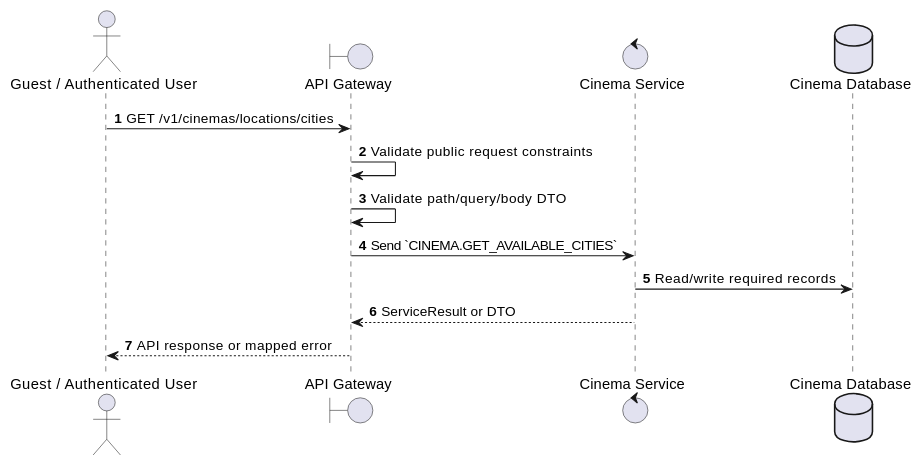
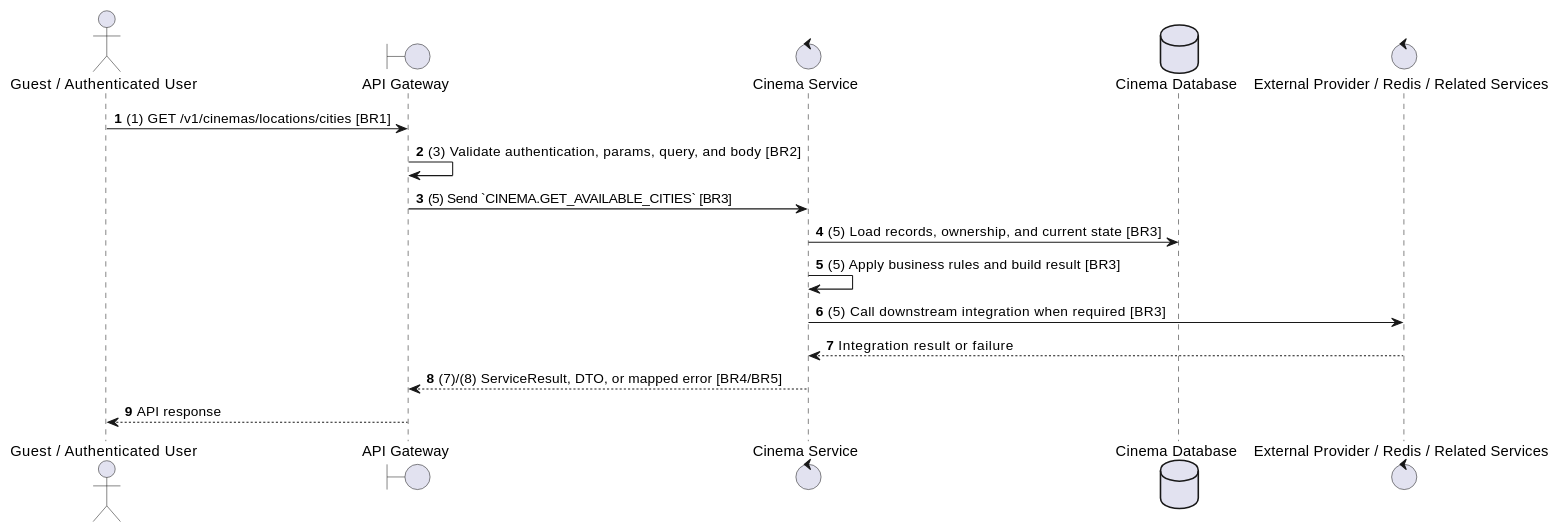
Before and after one commit to Tanh1603/movie-hub-architecture: the second of 2 diagrams in docs/functional_specs/3.2.1_Cinema_Management/CM-09_Get_Available_Cities.md, drawn with PlantUML. The commit also changed other lines of this file and 129 other files, not shown here.

````diff
--- a/docs/functional_specs/3.2.1_Cinema_Management/CM-09_Get_Available_Cities.md
+++ b/docs/functional_specs/3.2.1_Cinema_Management/CM-09_Get_Available_Cities.md
@@ -17,17 +64,20 @@
 ```plantuml
 @startuml
 autonumber
 actor "Guest / Authenticated User" as Actor
 boundary "API Gateway" as GW
 control "Cinema Service" as SVC
 database "Cinema Database" as DB
+control "External Provider / Redis / Related Services" as EXT
 
-Actor -> GW: GET /v1/cinemas/locations/cities
-GW -> GW: Validate public request constraints
-GW -> GW: Validate path/query/body DTO
-GW -> SVC: Send `CINEMA.GET_AVAILABLE_CITIES`
-SVC -> DB: Read/write required records
-SVC --> GW: ServiceResult or DTO
-GW --> Actor: API response or mapped error
+Actor -> GW: (1) GET /v1/cinemas/locations/cities [BR1]
+GW -> GW: (3) Validate authentication, params, query, and body [BR2]
+GW -> SVC: (5) Send `CINEMA.GET_AVAILABLE_CITIES` [BR3]
+SVC -> DB: (5) Load records, ownership, and current state [BR3]
+SVC -> SVC: (5) Apply business rules and build result [BR3]
+SVC -> EXT: (5) Call downstream integration when required [BR3]
+EXT --> SVC: Integration result or failure
+SVC --> GW: (7)/(8) ServiceResult, DTO, or mapped error [BR4/BR5]
+GW --> Actor: API response
 @enduml
 ```
````
